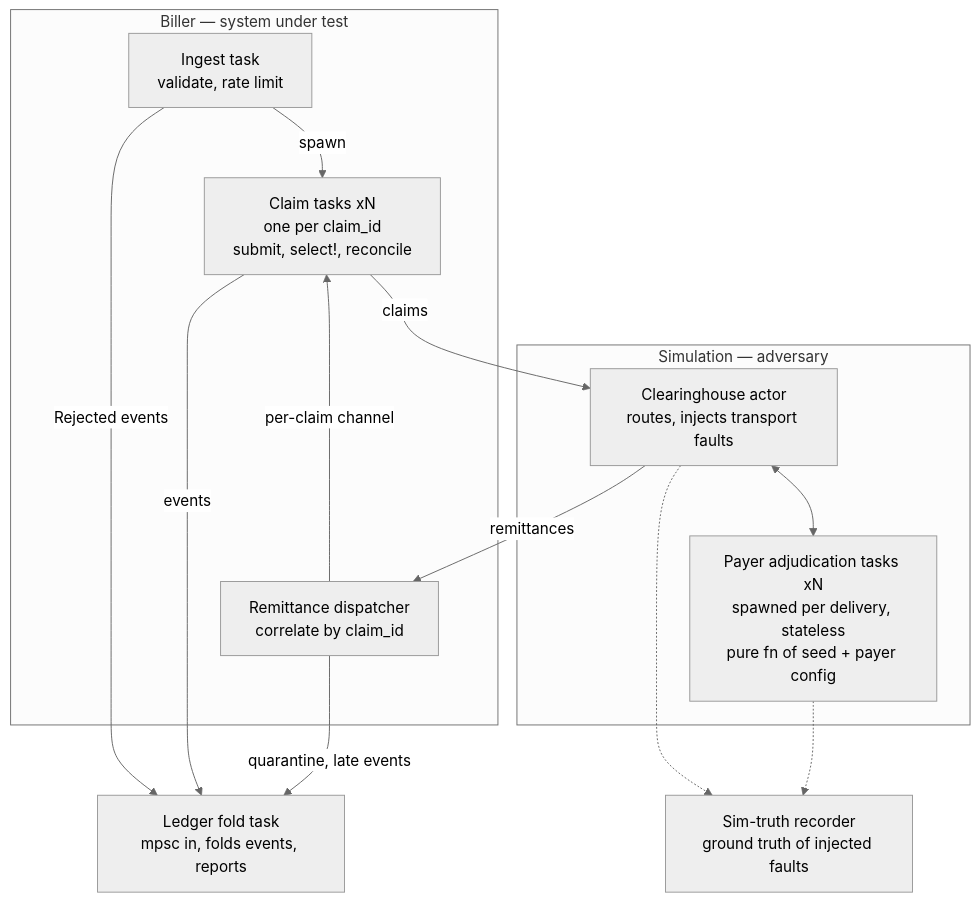
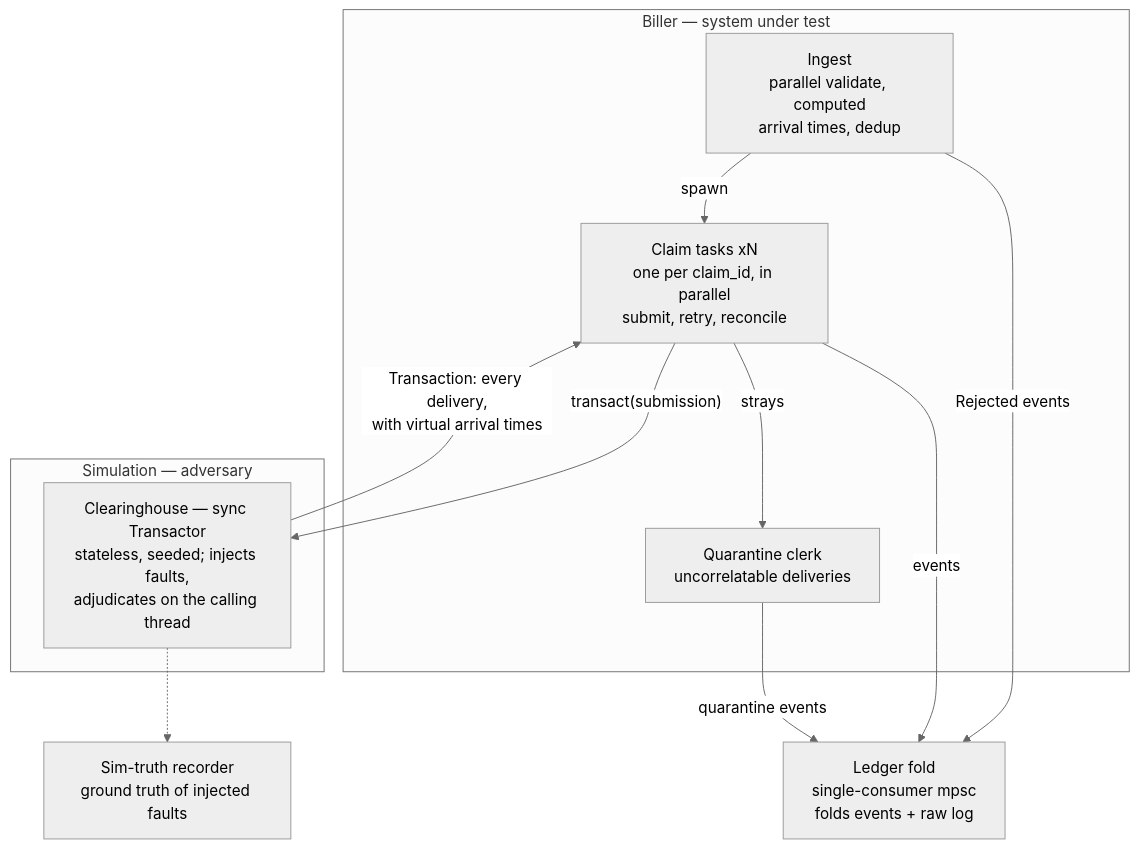
Before and after one commit to benwheeler12/HealthCareBillingSim: the diagram in DESIGN.MD, drawn with Mermaid (neutral theme). The commit also changed other lines of this file and 24 other files, not shown here.

````diff
--- a/DESIGN.MD
+++ b/DESIGN.MD
@@ -21,25 +22,22 @@
 ```mermaid
 flowchart TB
     subgraph biller [Biller — system under test]
-        IN[Ingest task<br/>validate, rate limit]
-        CT[Claim tasks xN<br/>one per claim_id<br/>submit, select!, reconcile]
-        RD[Remittance dispatcher<br/>correlate by claim_id]
+        IN[Ingest<br/>parallel validate, computed<br/>arrival times, dedup]
+        CT[Claim tasks xN<br/>one per claim_id, in parallel<br/>submit, retry, reconcile]
+        QC[Quarantine clerk<br/>uncorrelatable deliveries]
     end
     subgraph sim [Simulation — adversary]
-        CH[Clearinghouse actor<br/>routes, injects transport faults]
-        PA[Payer adjudication tasks xN<br/>spawned per delivery, stateless<br/>pure fn of seed + payer config]
+        CH[Clearinghouse — sync Transactor<br/>stateless, seeded; injects faults,<br/>adjudicates on the calling thread]
     end
-    LF[Ledger fold task<br/>mpsc in, folds events, reports]
+    LF[Ledger fold<br/>single-consumer mpsc<br/>folds events + raw log]
     ST[Sim-truth recorder<br/>ground truth of injected faults]
 
     IN -->|spawn| CT
     IN -->|Rejected events| LF
+    CT -->|"transact(submission)"| CH
+    CH -->|"Transaction: every delivery,<br/>with virtual arrival times"| CT
     CT -->|events| LF
-    CT -->|claims| CH
-    CH <--> PA
-    CH -->|remittances| RD
-    RD -->|per-claim channel| CT
-    RD -->|quarantine, late events| LF
+    CT -->|strays| QC
+    QC -->|quarantine events| LF
     CH -.-> ST
-    PA -.-> ST
 ```
````
